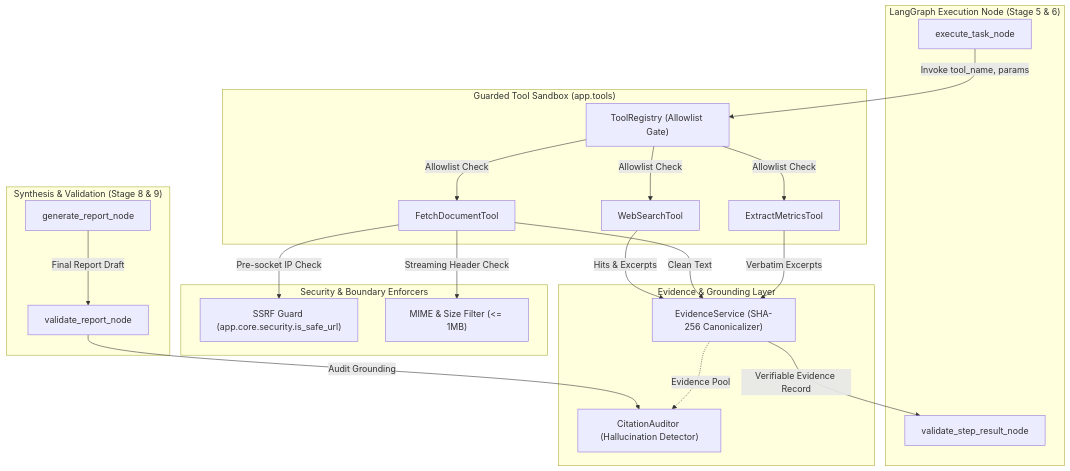
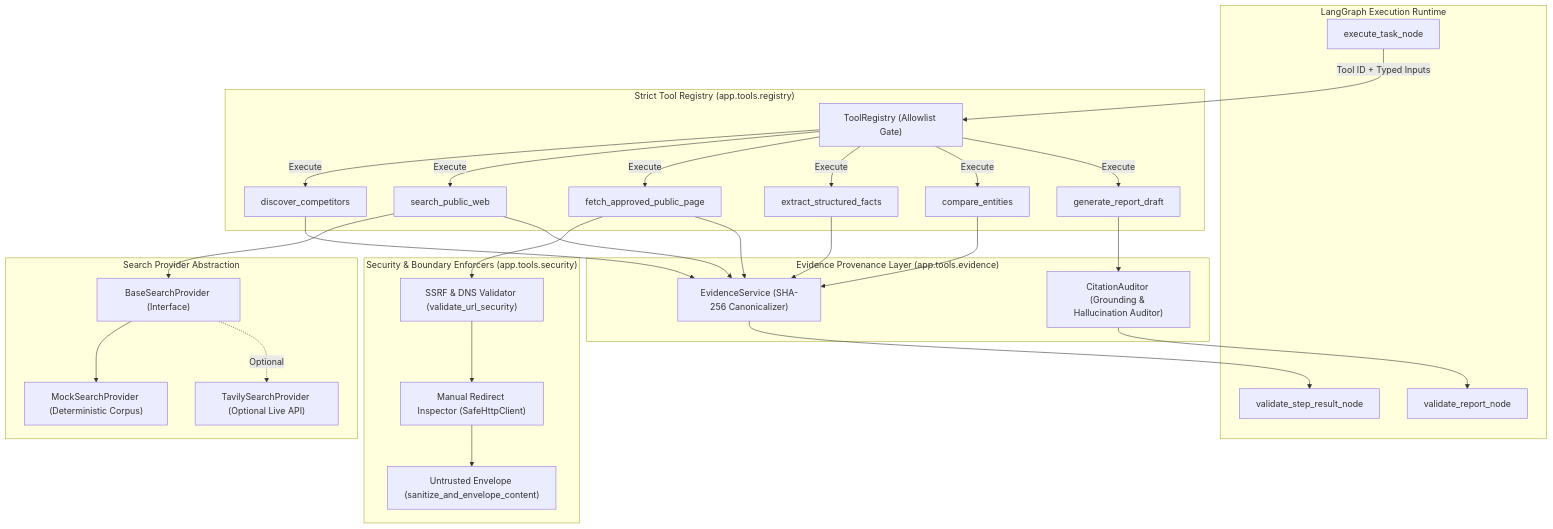
The diagram in docs/22-safe-tool-sandbox-and-evidence.md (pouriyaahmadii/Axiom-AI), drawn with Mermaid before and after one commit. The commit also changed other lines of this file and 17 other files, not shown here.

Commit message:
feat: complete phase 13 strict tool registry, initial research tools, and security suite

````diff
--- a/docs/22-safe-tool-sandbox-and-evidence.md
+++ b/docs/22-safe-tool-sandbox-and-evidence.md
@@ -17,47 +27,57 @@
 ```mermaid
 flowchart TD
-    subgraph AgentRuntime["LangGraph Execution Node (Stage 5 & 6)"]
-        ExecNode["execute_task_node"]
-        ValNode["validate_step_result_node"]
+    subgraph AgentRuntime["LangGraph Execution Runtime"]
+        StepNode["execute_task_node"]
+        ValidateNode["validate_step_result_node"]
+        ReportNode["validate_report_node"]
     end
 
-    subgraph Sandbox["Guarded Tool Sandbox (app.tools)"]
-        Registry["ToolRegistry (Allowlist Gate)"]
-        Search["WebSearchTool"]
-        Fetch["FetchDocumentTool"]
-        Extract["ExtractMetricsTool"]
+    subgraph ToolRegistryZone["Strict Tool Registry (app.tools.registry)"]
+        Gate["ToolRegistry (Allowlist Gate)"]
+        T1["discover_competitors"]
+        T2["search_public_web"]
+        T3["fetch_approved_public_page"]
+        T4["extract_structured_facts"]
+        T5["compare_entities"]
+        T6["generate_report_draft"]
     end
 
-    subgraph SecurityShield["Security & Boundary Enforcers"]
-        SSRF["SSRF Guard (app.core.security.is_safe_url)"]
-        MIME["MIME & Size Filter (<= 1MB)"]
+    subgraph SearchProviders["Search Provider Abstraction"]
+        BaseSearch["BaseSearchProvider (Interface)"]
+        MockSearch["MockSearchProvider (Deterministic Corpus)"]
+        LiveSearch["TavilySearchProvider (Optional Live API)"]
     end
 
-    subgraph Provenance["Evidence & Grounding Layer"]
-        EvService["EvidenceService (SHA-256 Canonicalizer)"]
-        Auditor["CitationAuditor (Hallucination Detector)"]
+    subgraph SecurityShield["Security & Boundary Enforcers (app.tools.security)"]
+        SSRF["SSRF & DNS Validator (validate_url_security)"]
+        Redirect["Manual Redirect Inspector (SafeHttpClient)"]
+        Envelope["Untrusted Envelope (sanitize_and_envelope_content)"]
     end
 
-    ExecNode -->|Invoke tool_name, params| Registry
-    Registry -->|Allowlist Check| Search
-    Registry -->|Allowlist Check| Fetch
-    Registry -->|Allowlist Check| Extract
-
-    Fetch -->|Pre-socket IP Check| SSRF
-    Fetch -->|Streaming Header Check| MIME
-
-    Search -->|Hits & Excerpts| EvService
-    Fetch -->|Clean Text| EvService
-    Extract -->|Verbatim Excerpts| EvService
-
-    EvService -->|Verifiable Evidence Record| ValNode
-
-    subgraph ReportStage["Synthesis & Validation (Stage 8 & 9)"]
-        GenReport["generate_report_node"]
-        ValReport["validate_report_node"]
+    subgraph ProvenanceLayer["Evidence Provenance Layer (app.tools.evidence)"]
+        EvService["EvidenceService (SHA-256 Canonicalizer)"]
+        Auditor["CitationAuditor (Grounding & Hallucination Auditor)"]
     end
 
-    GenReport -->|Final Report Draft| ValReport
-    ValReport -->|Audit Grounding| Auditor
-    EvService -.->|Evidence Pool| Auditor
+    StepNode -->|Tool ID + Typed Inputs| Gate
+    Gate -->|Execute| T1
+    Gate -->|Execute| T2
+    Gate -->|Execute| T3
+    Gate -->|Execute| T4
+    Gate -->|Execute| T5
+    Gate -->|Execute| T6
+
+    T2 --> BaseSearch
+    BaseSearch --> MockSearch
+    BaseSearch -.->|Optional| LiveSearch
+
+    T3 --> SSRF
+    SSRF --> Redirect
+    Redirect --> Envelope
+
+    T1 & T2 & T3 & T4 & T5 --> EvService
+    EvService --> ValidateNode
+
+    T6 --> Auditor
+    Auditor --> ReportNode
 ```
````
